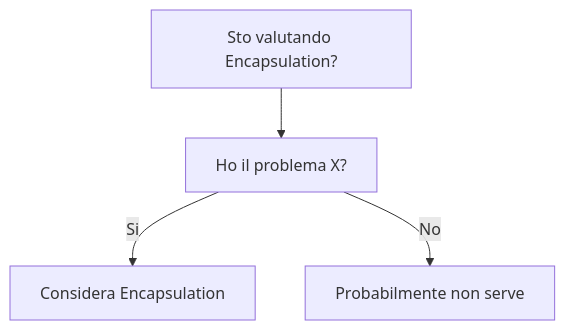
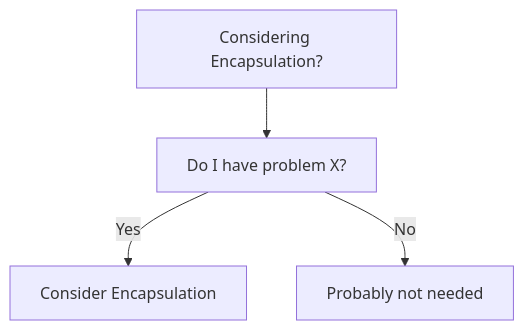
The diagram in dev-wiki/01_Foundations/Encapsulation/When_To_Use.md (HxT9/Software-Dev-Wiki), drawn with Mermaid before and after one commit. The commit also changed other lines of this file and 3444 other files, not shown here.

````diff
--- a/dev-wiki/01_Foundations/Encapsulation/When_To_Use.md
+++ b/dev-wiki/01_Foundations/Encapsulation/When_To_Use.md
@@ -19,6 +19,6 @@
 ```mermaid
 flowchart TD
-  Q[Sto valutando Encapsulation?] --> Q1[Ho il problema X?]
-  Q1 -->|Si| OK[Considera Encapsulation]
-  Q1 -->|No| NO[Probabilmente non serve]
+  Q[Considering Encapsulation?] --> Q1[Do I have problem X?]
+  Q1 -->|Yes| OK[Consider Encapsulation]
+  Q1 -->|No| NO[Probably not needed]
 ```
````
